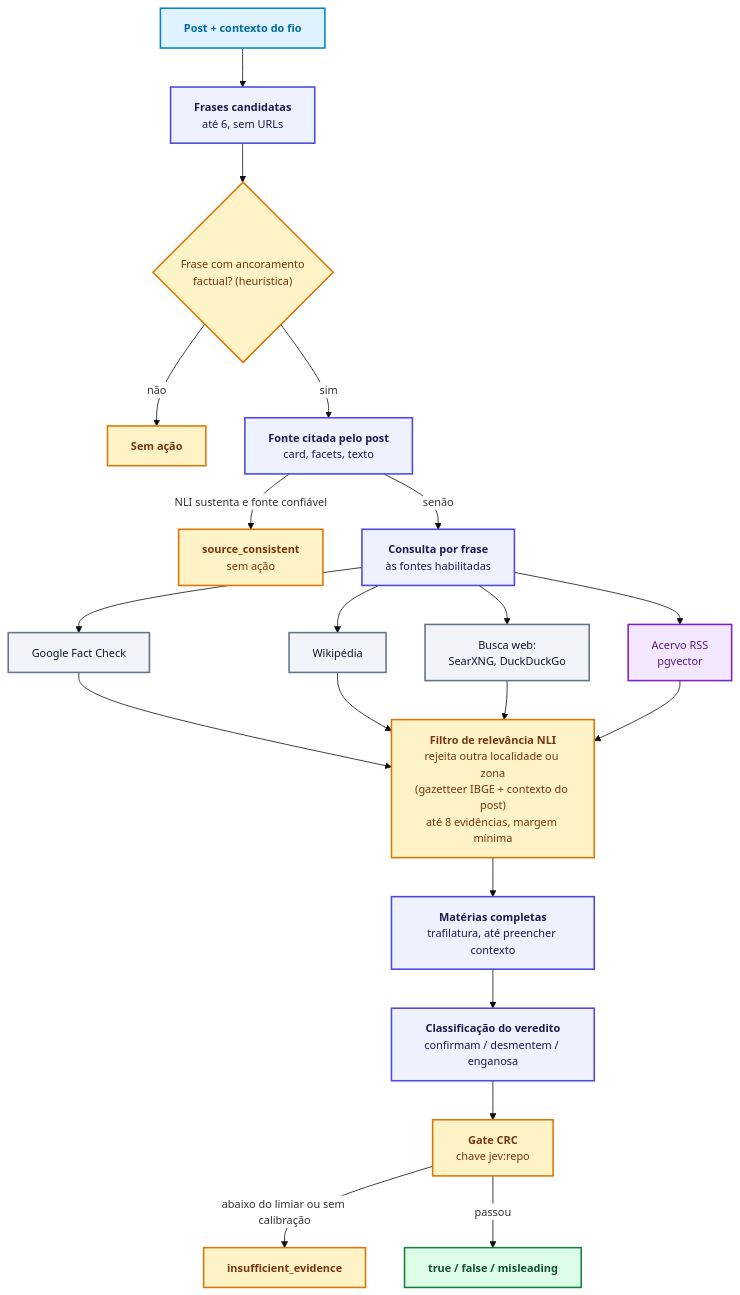
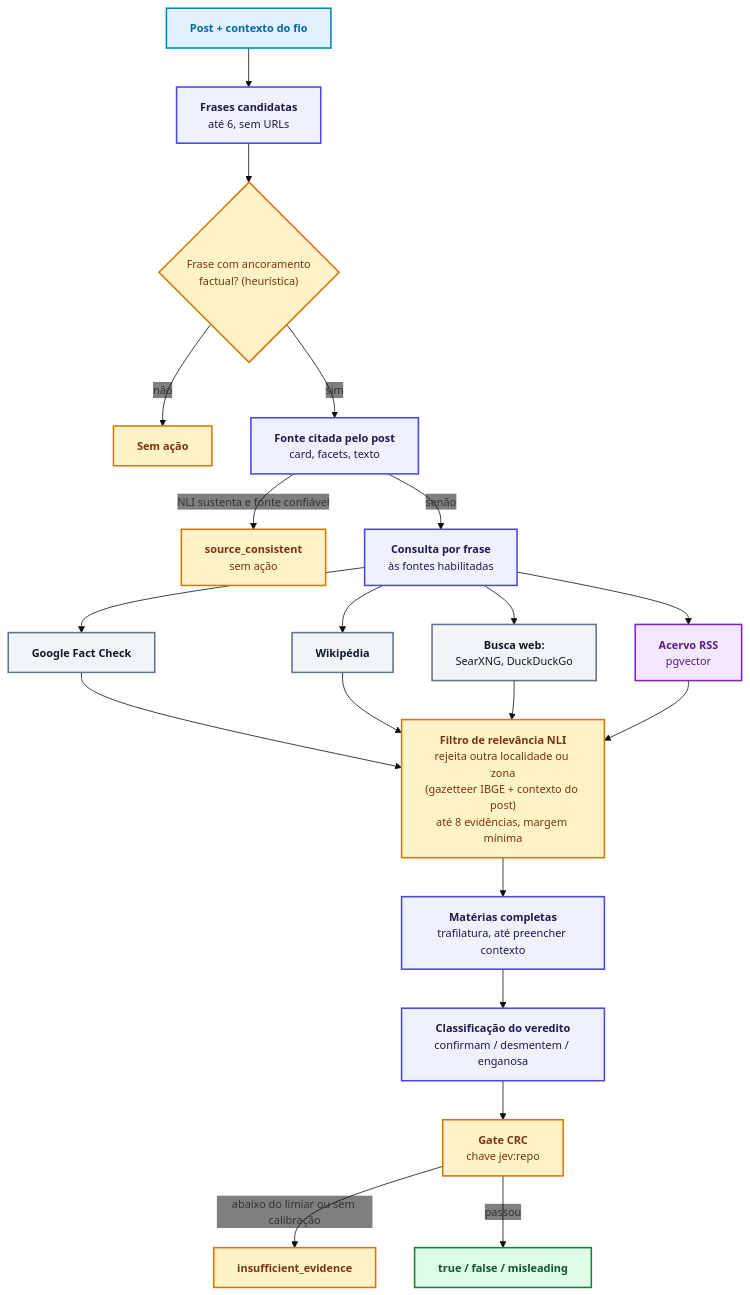
Before and after one commit to moonshinerd/ContrarIA: the fourth of 4 diagrams in docs/arquitetura/index.md, drawn with Mermaid. The commit also changed other lines of this file and 3 other files, not shown here.

First line of the commit message:
docs: aprimora contraste dos diagramas mermaid no modo escuro e corrige admonitions

````diff
--- a/docs/arquitetura/index.md
+++ b/docs/arquitetura/index.md
@@ -172,33 +172,33 @@
 ```mermaid
-%%{init: {'theme': 'base', 'themeVariables': { 'fontSize': '14px', 'fontFamily': 'inherit', 'primaryColor': '#EEF2FF', 'edgeLabelBackground': '#FFFFFF', 'clusterBkg': '#F8FAFC', 'clusterBorder': '#CBD5E1' }}}%%
+%%{init: {'theme': 'base', 'themeVariables': { 'fontSize': '14px', 'fontFamily': 'inherit', 'clusterBkg': 'transparent', 'clusterBorder': '#64748B', 'edgeLabelBackground': 'transparent' }}}%%
 flowchart TD
     classDef ext fill:#F1F5F9,stroke:#64748B,stroke-width:2px,color:#0F172A
     classDef ingest fill:#E0F2FE,stroke:#0284C7,stroke-width:2px,color:#0369A1
     classDef core fill:#EEF2FF,stroke:#4F46E5,stroke-width:2px,color:#1E1B4B
     classDef store fill:#F3E8FF,stroke:#7E22CE,stroke-width:2px,color:#581C87
     classDef guard fill:#FEF3C7,stroke:#D97706,stroke-width:2px,color:#78350F
     classDef out fill:#DCFCE7,stroke:#15803D,stroke-width:2px,color:#14532D
 
-    P["<b>Post + contexto do fio</b>"]:::ingest --> S["<b>Frases candidatas</b><br/>até 6, sem URLs"]:::core
-    S --> K{"Frase com ancoramento<br/>factual? (heurística)"}:::guard
-    K -- "não" --> X["<b>Sem ação</b>"]:::guard
-    K -- "sim" --> CT["<b>Fonte citada pelo post</b><br/>card, facets, texto"]:::core
-    CT -- "NLI sustenta e fonte confiável" --> VT["<b>source_consistent</b><br/>sem ação"]:::guard
-    CT -- "senão" --> Q["<b>Consulta por frase</b><br/>às fontes habilitadas"]:::core
+    P["<span style='color:#0369A1'><b>Post + contexto do fio</b></span>"]:::ingest --> S["<span style='color:#1E1B4B'><b>Frases candidatas</b><br/>até 6, sem URLs</span>"]:::core
+    S --> K{"<span style='color:#78350F'>Frase com ancoramento<br/>factual? (heurística)</span>"}:::guard
+    K -- "não" --> X["<span style='color:#78350F'><b>Sem ação</b></span>"]:::guard
+    K -- "sim" --> CT["<span style='color:#1E1B4B'><b>Fonte citada pelo post</b><br/>card, facets, texto</span>"]:::core
+    CT -- "NLI sustenta e fonte confiável" --> VT["<span style='color:#78350F'><b>source_consistent</b><br/>sem ação</span>"]:::guard
+    CT -- "senão" --> Q["<span style='color:#1E1B4B'><b>Consulta por frase</b><br/>às fontes habilitadas</span>"]:::core
     
-    Q --> E1["Google Fact Check"]:::ext
-    Q --> E2["Wikipédia"]:::ext
-    Q --> E3["Busca web:<br/>SearXNG, DuckDuckGo"]:::ext
-    Q --> E4["Acervo RSS<br/>pgvector"]:::store
+    Q --> E1["<span style='color:#0F172A'><b>Google Fact Check</b></span>"]:::ext
+    Q --> E2["<span style='color:#0F172A'><b>Wikipédia</b></span>"]:::ext
+    Q --> E3["<span style='color:#0F172A'><b>Busca web:</b><br/>SearXNG, DuckDuckGo</span>"]:::ext
+    Q --> E4["<span style='color:#581C87'><b>Acervo RSS</b><br/>pgvector</span>"]:::store
     
-    E1 --> F["<b>Filtro de relevância NLI</b><br/>rejeita outra localidade ou zona<br/>(gazetteer IBGE + contexto do post)<br/>até 8 evidências, margem mínima"]:::guard
+    E1 --> F["<span style='color:#78350F'><b>Filtro de relevância NLI</b><br/>rejeita outra localidade ou zona<br/>(gazetteer IBGE + contexto do post)<br/>até 8 evidências, margem mínima</span>"]:::guard
     E2 --> F
     E3 --> F
     E4 --> F
     
-    F --> M["<b>Matérias completas</b><br/>trafilatura, até preencher contexto"]:::core
-    M --> C["<b>Classificação do veredito</b><br/>confirmam / desmentem / enganosa"]:::core
-    C --> G["<b>Gate CRC</b><br/>chave jev:repo"]:::guard
-    G -- "abaixo do limiar ou sem calibração" --> I["<b>insufficient_evidence</b>"]:::guard
-    G -- "passou" --> V["<b>true / false / misleading</b>"]:::out
+    F --> M["<span style='color:#1E1B4B'><b>Matérias completas</b><br/>trafilatura, até preencher contexto</span>"]:::core
+    M --> C["<span style='color:#1E1B4B'><b>Classificação do veredito</b><br/>confirmam / desmentem / enganosa</span>"]:::core
+    C --> G["<span style='color:#78350F'><b>Gate CRC</b><br/>chave jev:repo</span>"]:::guard
+    G -- "abaixo do limiar ou sem calibração" --> I["<span style='color:#78350F'><b>insufficient_evidence</b></span>"]:::guard
+    G -- "passou" --> V["<span style='color:#14532D'><b>true / false / misleading</b></span>"]:::out
 ```
````
